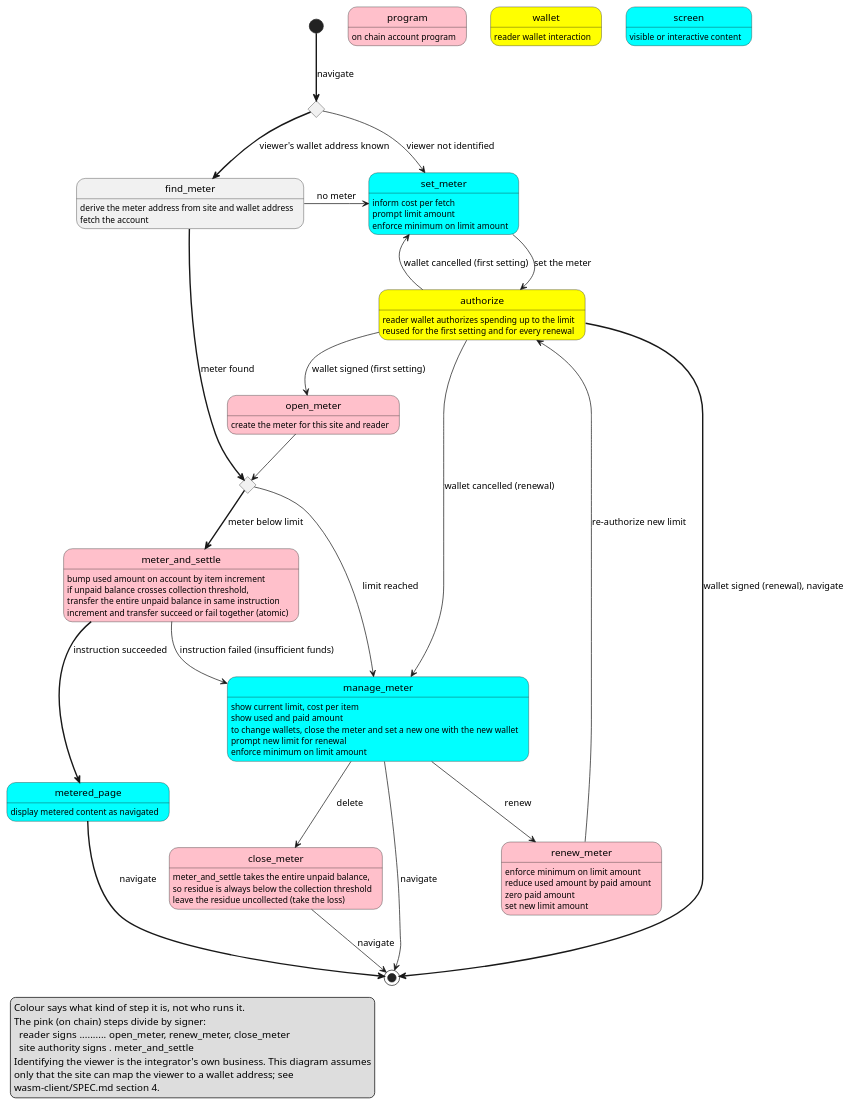
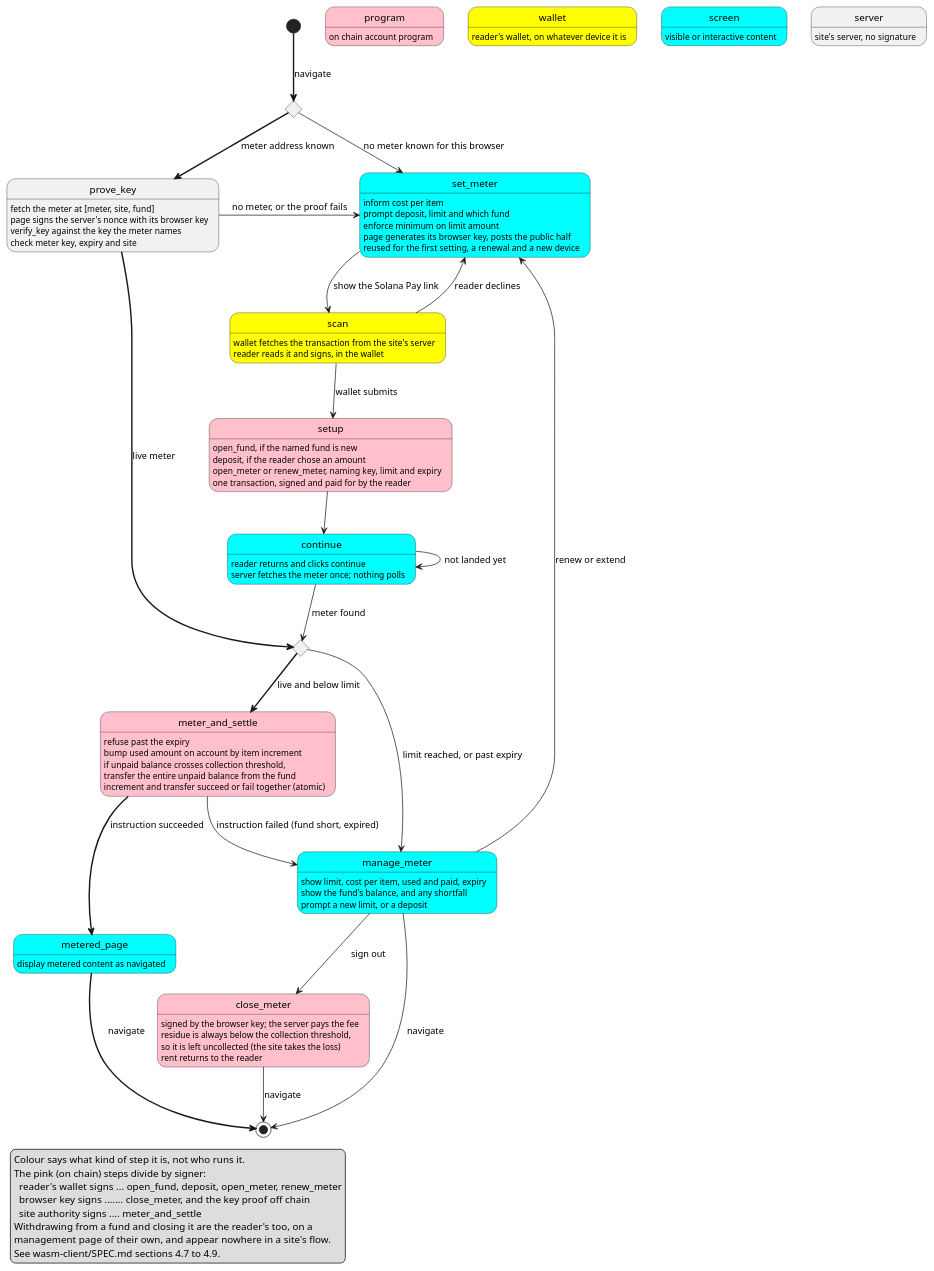
One commit to wbreeze/sol-pay changed the diagram in state-machine.plantuml. Above: the diagram before and after it, drawn with PlantUML. The commit also changed 45 other files, not shown here.

First line of the commit message:
Fund design: PHP port, conformance, key proof, docs

```diff
--- a/state-machine.plantuml
+++ b/state-machine.plantuml
@@ -1,90 +1,98 @@
 @startuml
 state program #pink
 program : on chain account program
 
 state wallet #yellow
-wallet : reader wallet interaction
+wallet : reader's wallet, on whatever device it is
 
 state screen #cyan
 screen : visible or interactive content
 
+state server
+server : site's server, no signature
+
 state identified <<choice>>
+state prove_key
 state set_meter #cyan
-state find_meter
-state authorize #yellow
-state open_meter #pink
+state scan #yellow
+state setup #pink
+state continue #cyan
 state metered_page #cyan
 state meter_and_settle #pink
 state check_limit <<choice>>
 state manage_meter #cyan
-state renew_meter #pink
 state close_meter #pink
 
 [*] -[bold]-> identified : navigate
-identified --> set_meter : viewer not identified
-identified -[bold]-> find_meter : viewer's wallet address known
+identified --> set_meter : no meter known for this browser
+identified -[bold]-> prove_key : meter address known
 
-find_meter : derive the meter address from site and wallet address
-find_meter : fetch the account
-find_meter -> set_meter : no meter
-find_meter -[bold]-> check_limit : meter found
+prove_key : fetch the meter at [meter, site, fund]
+prove_key : page signs the server's nonce with its browser key
+prove_key : verify_key against the key the meter names
+prove_key : check meter key, expiry and site
+prove_key -> set_meter : no meter, or the proof fails
+prove_key -[bold]-> check_limit : live meter
 
-set_meter : inform cost per fetch
-set_meter : prompt limit amount
+set_meter : inform cost per item
+set_meter : prompt deposit, limit and which fund
 set_meter : enforce minimum on limit amount
-set_meter --> authorize : set the meter
+set_meter : page generates its browser key, posts the public half
+set_meter : reused for the first setting, a renewal and a new device
+set_meter --> scan : show the Solana Pay link
 
-authorize : reader wallet authorizes spending up to the limit
-authorize : reused for the first setting and for every renewal
-authorize -> set_meter : wallet cancelled (first setting)
-authorize --> open_meter : wallet signed (first setting)
-authorize -> manage_meter : wallet cancelled (renewal)
-authorize -[bold]-> [*] : wallet signed (renewal), navigate
+scan : wallet fetches the transaction from the site's server
+scan : reader reads it and signs, in the wallet
+scan -> set_meter : reader declines
+scan --> setup : wallet submits
 
-open_meter : create the meter for this site and reader
-open_meter --> check_limit
+setup : open_fund, if the named fund is new
+setup : deposit, if the reader chose an amount
+setup : open_meter or renew_meter, naming key, limit and expiry
+setup : one transaction, signed and paid for by the reader
+setup --> continue
+
+continue : reader returns and clicks continue
+continue : server fetches the meter once; nothing polls
+continue -> continue : not landed yet
+continue --> check_limit : meter found
+
+check_limit -> manage_meter : limit reached, or past expiry
+check_limit -[bold]-> meter_and_settle : live and below limit
+
+meter_and_settle : refuse past the expiry
+meter_and_settle : bump used amount on account by item increment
+meter_and_settle : if unpaid balance crosses collection threshold,
+meter_and_settle : transfer the entire unpaid balance from the fund
+meter_and_settle : increment and transfer succeed or fail together (atomic)
+meter_and_settle -[bold]-> metered_page : instruction succeeded
+meter_and_settle --> manage_meter : instruction failed (fund short, expired)
 
 metered_page : display metered content as navigated
 metered_page -[bold]-> [*] : navigate
 
-meter_and_settle : bump used amount on account by item increment
-meter_and_settle : if unpaid balance crosses collection threshold,
-meter_and_settle : transfer the entire unpaid balance in same instruction
-meter_and_settle : increment and transfer succeed or fail together (atomic)
-meter_and_settle -[bold]-> metered_page : instruction succeeded
-meter_and_settle --> manage_meter : instruction failed (insufficient funds)
+manage_meter : show limit, cost per item, used and paid, expiry
+manage_meter : show the fund's balance, and any shortfall
+manage_meter : prompt a new limit, or a deposit
+manage_meter -> [*] : navigate
+manage_meter --> set_meter : renew or extend
+manage_meter --> close_meter : sign out
 
-check_limit -> manage_meter : limit reached
-check_limit -[bold]-> meter_and_settle : meter below limit
-
-manage_meter: show current limit, cost per item
-manage_meter: show used and paid amount
-manage_meter: to change wallets, close the meter and set a new one with the new wallet
-manage_meter: prompt new limit for renewal
-manage_meter: enforce minimum on limit amount
-manage_meter -> [*] : navigate
-manage_meter --> renew_meter : renew
-manage_meter --> close_meter : delete
-
-renew_meter: enforce minimum on limit amount
-renew_meter: reduce used amount by paid amount
-renew_meter: zero paid amount
-renew_meter: set new limit amount
-renew_meter --> authorize : re-authorize new limit
-
-close_meter : meter_and_settle takes the entire unpaid balance,
-close_meter : so residue is always below the collection threshold
-close_meter : leave the residue uncollected (take the loss)
+close_meter : signed by the browser key; the server pays the fee
+close_meter : residue is always below the collection threshold,
+close_meter : so it is left uncollected (the site takes the loss)
+close_meter : rent returns to the reader
 close_meter --> [*] : navigate
 
 legend left
 Colour says what kind of step it is, not who runs it.
 The pink (on chain) steps divide by signer:
-  reader signs .......... open_meter, renew_meter, close_meter
-  site authority signs . meter_and_settle
-Identifying the viewer is the integrator's own business. This diagram assumes
-only that the site can map the viewer to a wallet address; see
-wasm-client/SPEC.md section 4.
+  reader's wallet signs ... open_fund, deposit, open_meter, renew_meter
+  browser key signs ....... close_meter, and the key proof off chain
+  site authority signs .... meter_and_settle
+Withdrawing from a fund and closing it are the reader's too, on a
+management page of their own, and appear nowhere in a site's flow.
+See wasm-client/SPEC.md sections 4.7 to 4.9.
 endlegend
 
 @enduml
```
